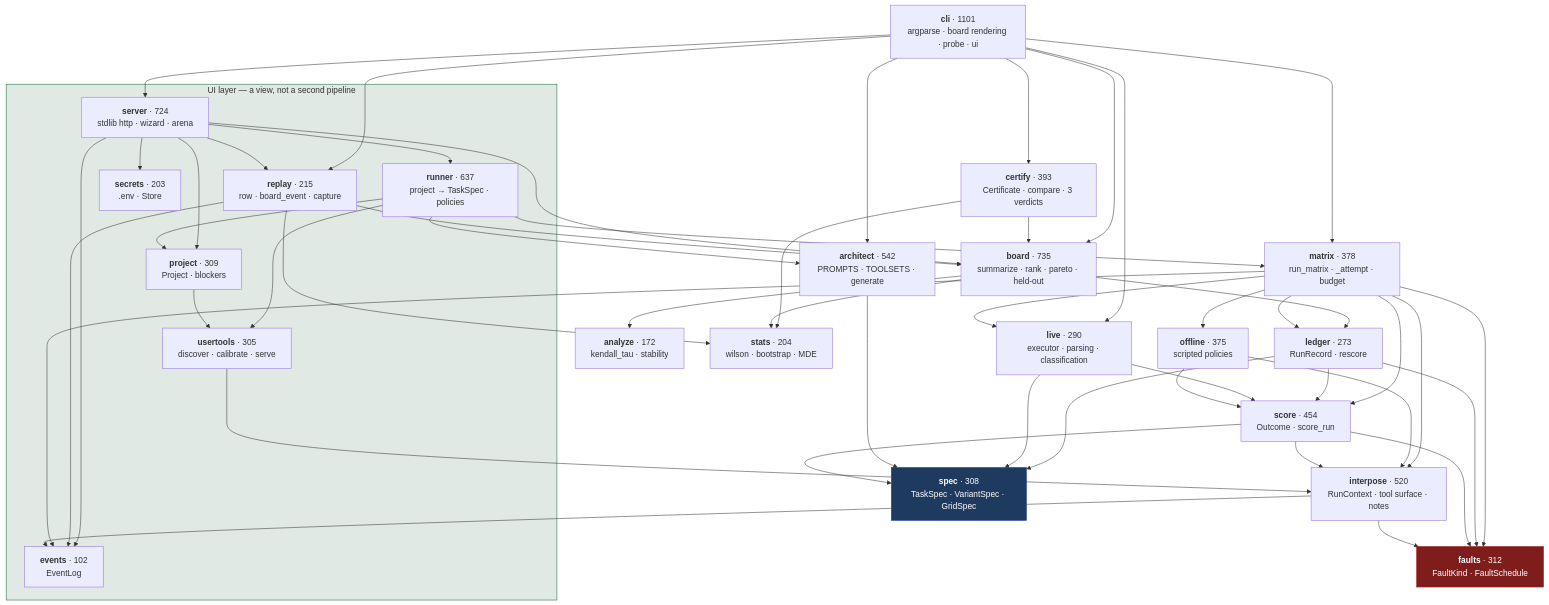
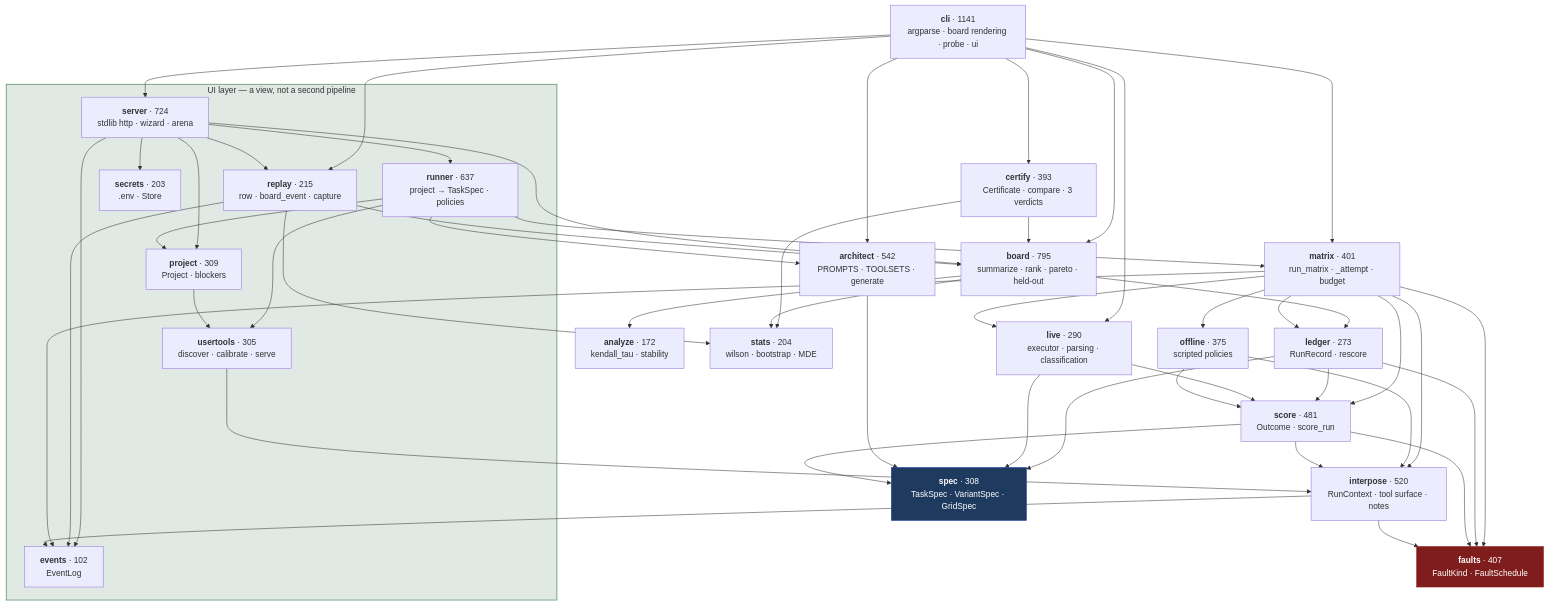
The first of 4 diagrams in docs/architecture/lld.md (Mehul-Gupta-SMH/agent-gauntlet), drawn with Mermaid before and after one commit. The commit also changed other lines of this file and 8 other files, not shown here.

````diff
--- a/docs/architecture/lld.md
+++ b/docs/architecture/lld.md
@@ -9,47 +9,47 @@
 ```mermaid
 flowchart TD
     subgraph ui["UI layer — a view, not a second pipeline"]
         SERVER["<b>server</b> · 724<br/>stdlib http · wizard · arena"]
         RUNNER["<b>runner</b> · 637<br/>project → TaskSpec · policies"]
         USERT["<b>usertools</b> · 305<br/>discover · calibrate · serve"]
         PROJECT["<b>project</b> · 309<br/>Project · blockers"]
         SECRETS["<b>secrets</b> · 203<br/>.env · Store"]
         EVENTS["<b>events</b> · 102<br/>EventLog"]
         REPLAY["<b>replay</b> · 215<br/>row · board_event · capture"]
     end
 
-    CLI["<b>cli</b> · 1101<br/>argparse · board rendering · probe · ui"]
-    BOARD["<b>board</b> · 735<br/>summarize · rank · pareto · held-out"]
+    CLI["<b>cli</b> · 1141<br/>argparse · board rendering · probe · ui"]
+    BOARD["<b>board</b> · 795<br/>summarize · rank · pareto · held-out"]
     ARCH["<b>architect</b> · 542<br/>PROMPTS · TOOLSETS · generate"]
-    SCORE["<b>score</b> · 454<br/>Outcome · score_run"]
+    SCORE["<b>score</b> · 481<br/>Outcome · score_run"]
     INTER["<b>interpose</b> · 520<br/>RunContext · tool surface · notes"]
     OFFLINE["<b>offline</b> · 375<br/>scripted policies"]
-    MATRIX["<b>matrix</b> · 378<br/>run_matrix · _attempt · budget"]
-    FAULTS["<b>faults</b> · 312<br/>FaultKind · FaultSchedule"]
+    MATRIX["<b>matrix</b> · 401<br/>run_matrix · _attempt · budget"]
+    FAULTS["<b>faults</b> · 407<br/>FaultKind · FaultSchedule"]
     SPEC["<b>spec</b> · 308<br/>TaskSpec · VariantSpec · GridSpec"]
     LIVE["<b>live</b> · 290<br/>executor · parsing · classification"]
     LEDGER["<b>ledger</b> · 273<br/>RunRecord · rescore"]
     ANALYZE["<b>analyze</b> · 172<br/>kendall_tau · stability"]
     CERT["<b>certify</b> · 393<br/>Certificate · compare · 3 verdicts"]
     STATS["<b>stats</b> · 204<br/>wilson · bootstrap · MDE"]
 
     CLI --> BOARD & MATRIX & ARCH & LIVE & SERVER & CERT & REPLAY
     CERT --> BOARD & STATS
     SERVER --> PROJECT & RUNNER & SECRETS & EVENTS & BOARD & REPLAY
     REPLAY --> BOARD & EVENTS & STATS
     RUNNER --> MATRIX & USERT & PROJECT & ARCH
     PROJECT --> USERT
     USERT --> INTER
     BOARD --> LEDGER & ANALYZE & STATS
     MATRIX --> LEDGER & SCORE & LIVE & OFFLINE & INTER & FAULTS & EVENTS
     LEDGER --> SCORE & FAULTS & SPEC
     LIVE --> SCORE & SPEC
     OFFLINE --> INTER & SCORE
     ARCH --> SPEC
     SCORE --> INTER & FAULTS & SPEC
     INTER --> FAULTS & EVENTS
 
     style SPEC fill:#1e3a5f,stroke:#1e40af,color:#fff
     style FAULTS fill:#7f1d1d,stroke:#991b1b,color:#fff
     style ui fill:#14532d20,stroke:#166534
 ```
````
